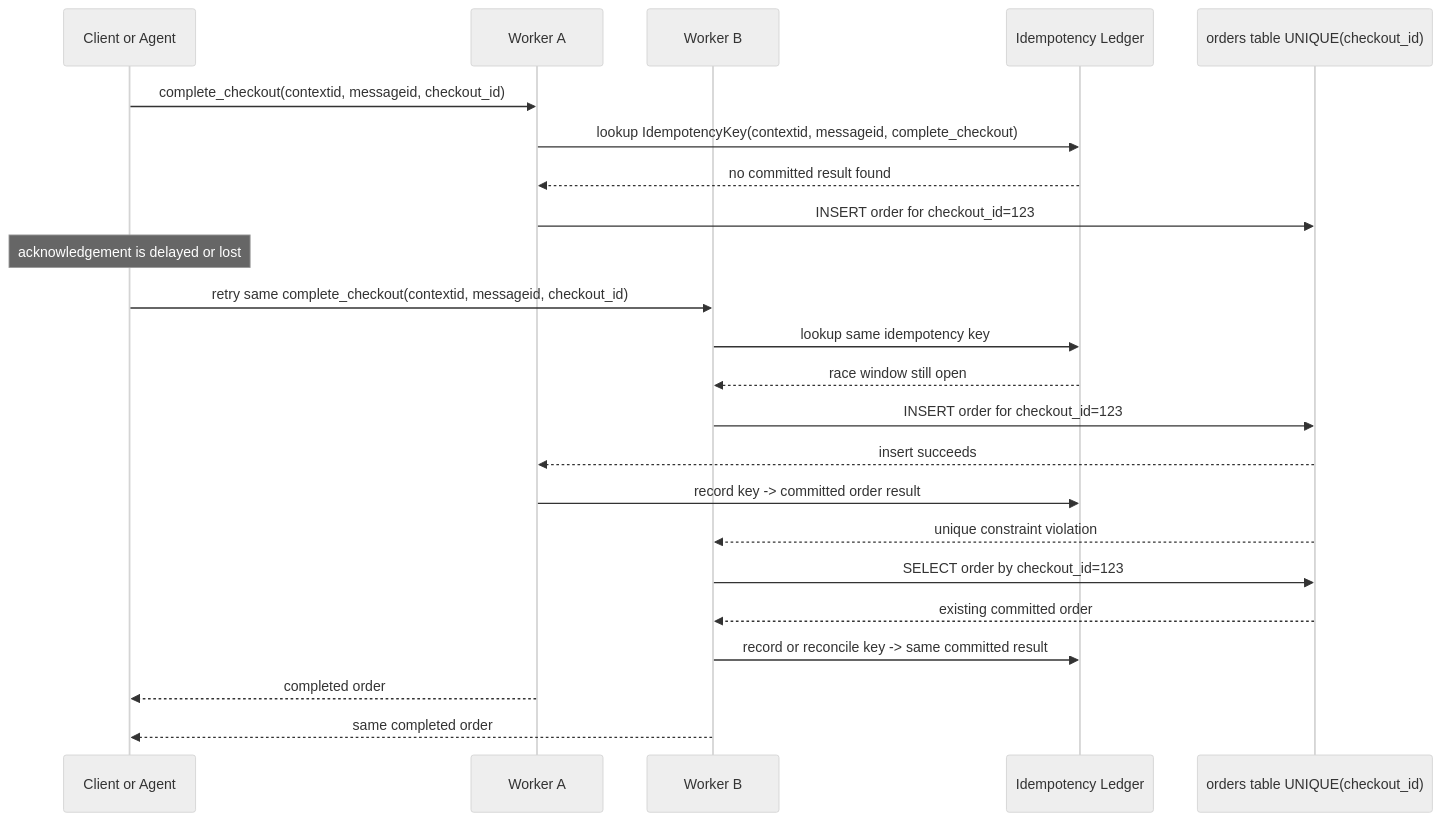
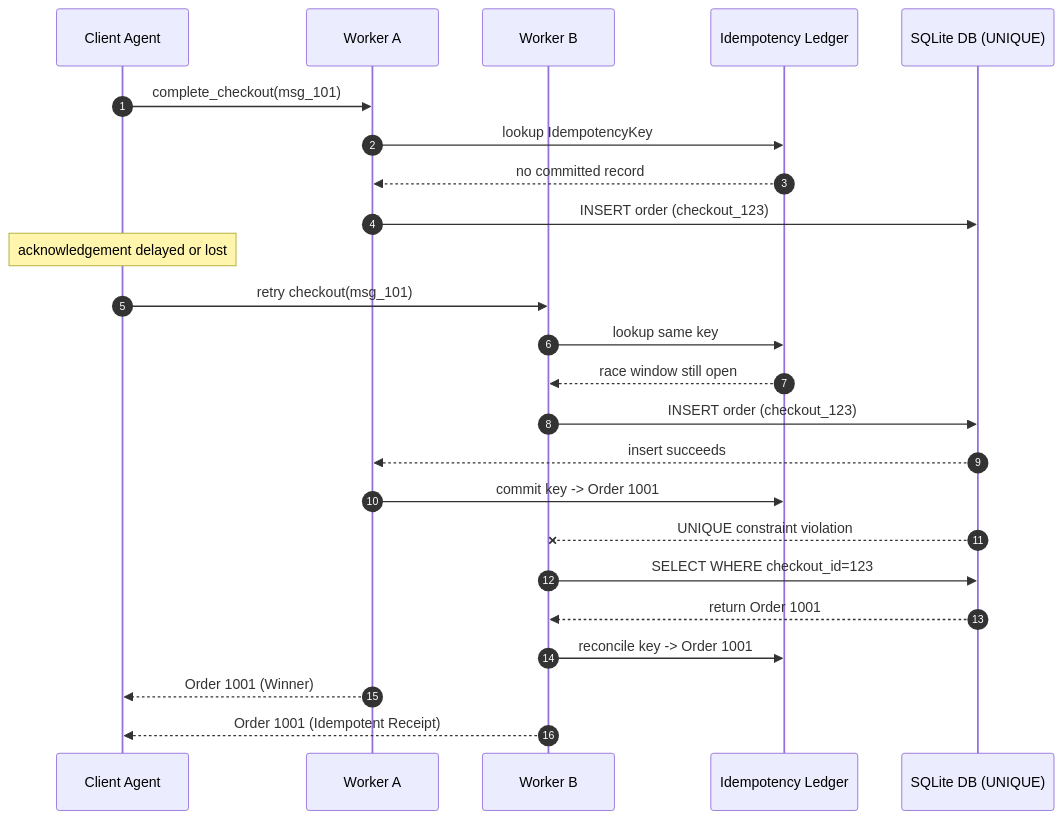
Before and after one commit to the-write-path-code/ch11-13-ucp-a2a-payment-integrity: the seventh of 13 diagrams in docs/architecture/system_design.md, drawn with Mermaid. The commit also changed other lines of this file, not shown here.

Commit message:
docs: align Chapter 12 Mermaid architecture diagrams with Wiley-IEEE art specs

````diff
--- a/docs/architecture/system_design.md
+++ b/docs/architecture/system_design.md
@@ -219,33 +219,32 @@
 ```mermaid
-%%{init: {"theme": "neutral", "themeVariables": {"fontFamily": "Arial, Helvetica, sans-serif", "fontSize": "11px", "actorFontSize": "11px", "noteFontSize": "10px", "messageFontSize": "10px"}}}%%
 sequenceDiagram
-    participant C as Client or Agent
+    autonumber
+    participant C as Client Agent
     participant W1 as Worker A
     participant W2 as Worker B
     participant L as Idempotency Ledger
-    participant DB as orders table UNIQUE(checkout_id)
+    participant DB as SQLite DB (UNIQUE)
 
-    C->>W1: complete_checkout(contextid, messageid, checkout_id)
-    W1->>L: lookup IdempotencyKey(contextid, messageid, complete_checkout)
-    L-->>W1: no committed result found
-    W1->>DB: INSERT order for checkout_id=123
+    C->>W1: complete_checkout(msg_101)
+    W1->>L: lookup IdempotencyKey
+    L-->>W1: no committed record
+    W1->>DB: INSERT order (checkout_123)
 
-    Note over C: acknowledgement is delayed or lost
+    note over C: acknowledgement delayed or lost
 
-    C->>W2: retry same complete_checkout(contextid, messageid, checkout_id)
-    W2->>L: lookup same idempotency key
+    C->>W2: retry checkout(msg_101)
+    W2->>L: lookup same key
     L-->>W2: race window still open
-    W2->>DB: INSERT order for checkout_id=123
+    W2->>DB: INSERT order (checkout_123)
 
     DB-->>W1: insert succeeds
-    W1->>L: record key -> committed order result
+    W1->>L: commit key -> Order 1001
 
-    DB-->>W2: unique constraint violation
-    W2->>DB: SELECT order by checkout_id=123
-    DB-->>W2: existing committed order
-    W2->>L: record or reconcile key -> same committed result
+    DB--xW2: UNIQUE constraint violation
+    W2->>DB: SELECT WHERE checkout_id=123
+    DB-->>W2: return Order 1001
+    W2->>L: reconcile key -> Order 1001
 
-    W1-->>C: completed order
-    W2-->>C: same completed order
-
+    W1-->>C: Order 1001 (Winner)
+    W2-->>C: Order 1001 (Idempotent Receipt)
 ```
````
